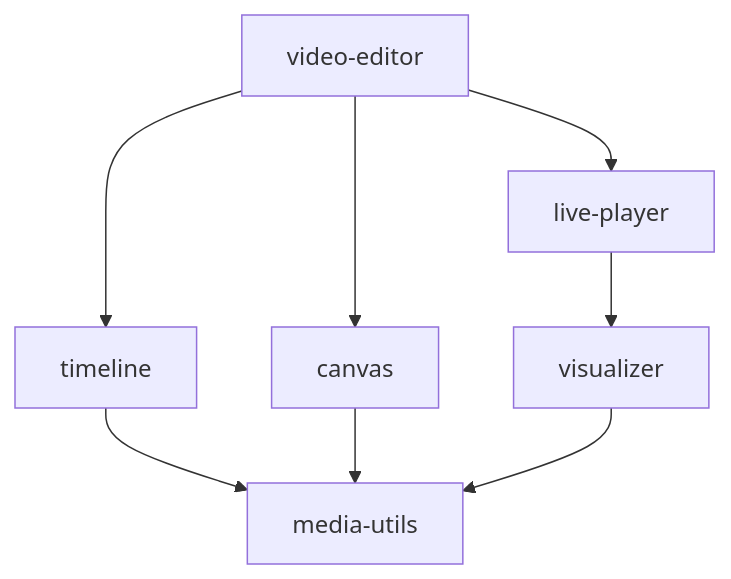
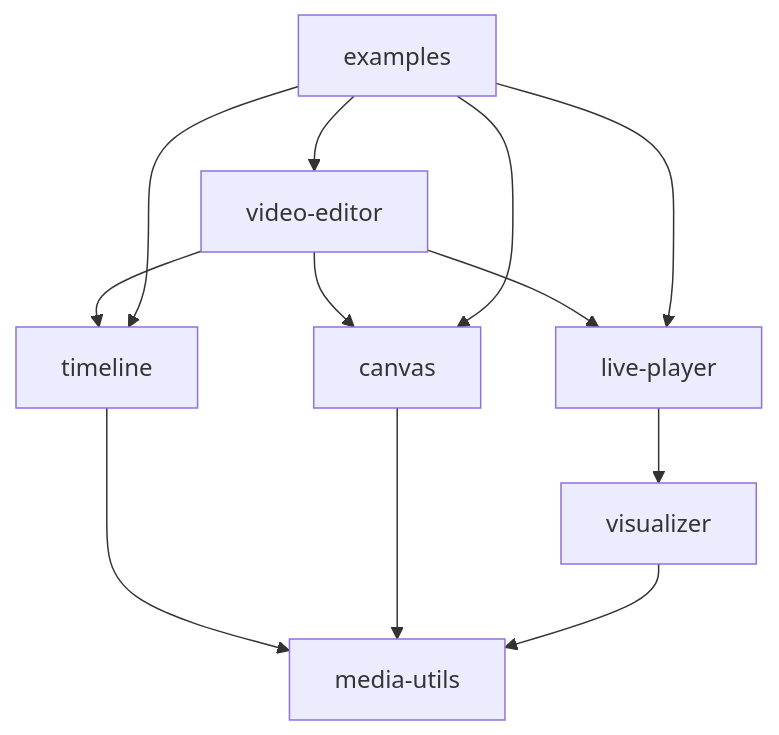
Before and after one commit to ncounterspecialist/twick: the first of 7 diagrams in packages/documentation/docs/architecture.md, drawn with Mermaid. The commit also changed other lines of this file and 2 other files, not shown here.

````diff
--- a/packages/documentation/docs/architecture.md
+++ b/packages/documentation/docs/architecture.md
@@ -25,10 +26,14 @@
 ```mermaid
 graph TD
     A[video-editor] --> B[timeline]
     A --> C[canvas]
     A --> D[live-player]
     B --> E[media-utils]
     C --> E
     D --> F[visualizer]
     F --> E
+    G[examples] --> A
+    G --> B
+    G --> C
+    G --> D
 ```
````
